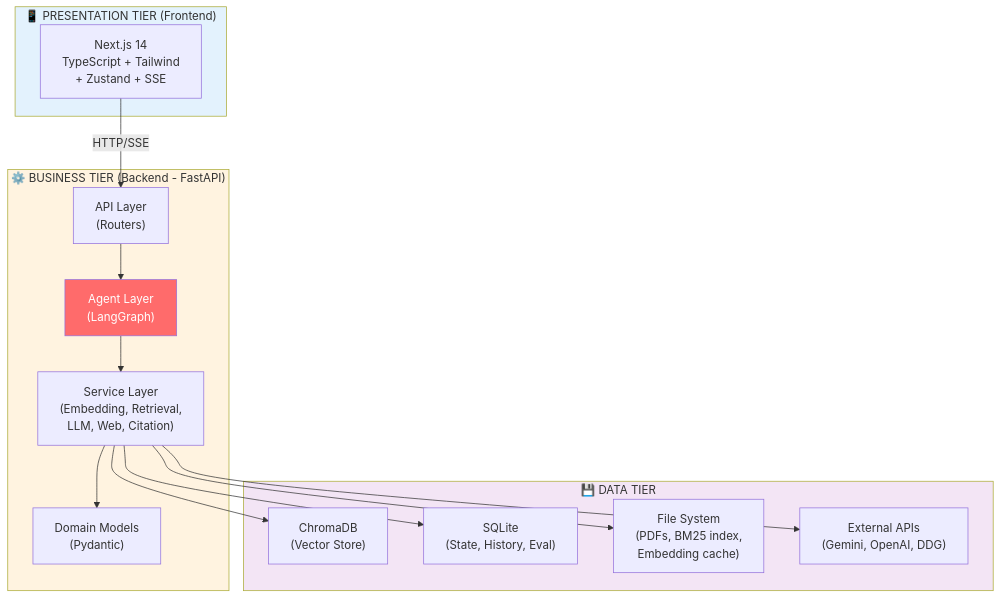
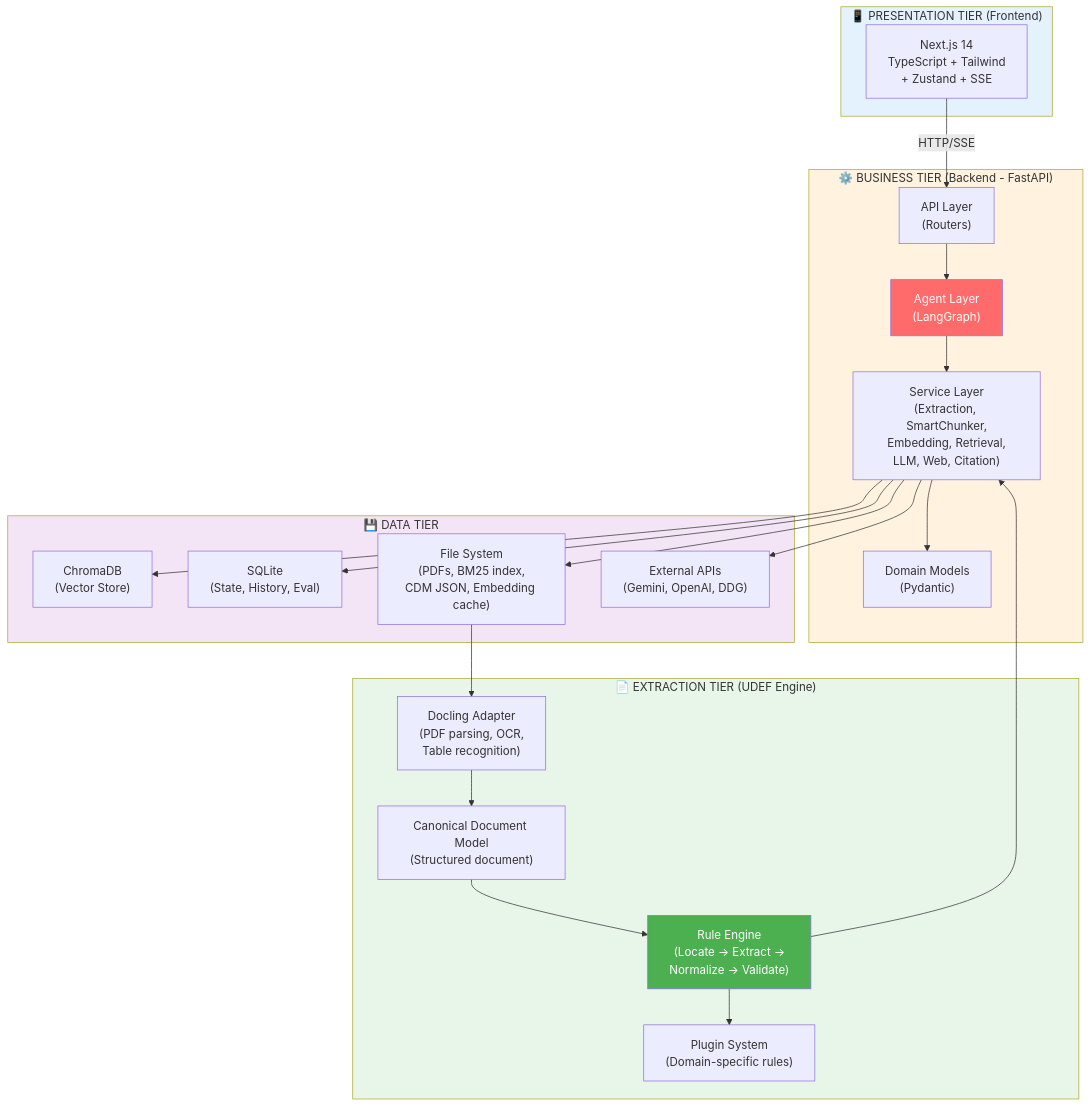
Before and after one commit to PhucTruong-ctrl/vn-traffic-law-RAG: the first of 7 diagrams in docs/03-thiet-ke-he-thong.md, drawn with Mermaid. The commit also changed other lines of this file, not shown here.

First line of the commit message:
feat(arch): integrate UDEF extraction into system architecture

````diff
--- a/docs/03-thiet-ke-he-thong.md
+++ b/docs/03-thiet-ke-he-thong.md
@@ -23,34 +23,48 @@
 ```mermaid
 graph TB
     subgraph PT ["📱 PRESENTATION TIER (Frontend)"]
         UI["Next.js 14<br/>TypeScript + Tailwind<br/>+ Zustand + SSE"]
     end
 
+    subgraph ET ["📄 EXTRACTION TIER (UDEF Engine)"]
+        DOCLING["Docling Adapter<br/>(PDF parsing, OCR,<br/>Table recognition)"]
+        CDM["Canonical Document Model<br/>(Structured document)"]
+        RULE["Rule Engine<br/>(Locate -> Extract -><br/>Normalize -> Validate)"]
+        PLUGIN["Plugin System<br/>(Domain-specific rules)"]
+    end
+
     subgraph BT ["⚙️ BUSINESS TIER (Backend - FastAPI)"]
         API["API Layer<br/>(Routers)"]
         AGENT["Agent Layer<br/>(LangGraph)"]
-        SVC["Service Layer<br/>(Embedding, Retrieval,<br/>LLM, Web, Citation)"]
+        SVC["Service Layer<br/>(Extraction, SmartChunker,<br/>Embedding, Retrieval,<br/>LLM, Web, Citation)"]
         MODEL["Domain Models<br/>(Pydantic)"]
     end
 
     subgraph DT ["💾 DATA TIER"]
         CHROMA["ChromaDB<br/>(Vector Store)"]
         SQLITE["SQLite<br/>(State, History, Eval)"]
-        FILES["File System<br/>(PDFs, BM25 index,<br/>Embedding cache)"]
+        FILES["File System<br/>(PDFs, BM25 index,<br/>CDM JSON, Embedding cache)"]
         EXT["External APIs<br/>(Gemini, OpenAI, DDG)"]
     end
 
     UI -->|HTTP/SSE| API
     API --> AGENT
     AGENT --> SVC
     SVC --> MODEL
     SVC --> CHROMA
     SVC --> SQLITE
     SVC --> FILES
     SVC --> EXT
+    FILES --> DOCLING
+    DOCLING --> CDM
+    CDM --> RULE
+    RULE --> PLUGIN
+    RULE --> SVC
 
     style PT fill:#E3F2FD
+    style ET fill:#E8F5E9
     style BT fill:#FFF3E0
     style DT fill:#F3E5F5
     style AGENT fill:#FF6B6B,color:#fff
+    style RULE fill:#4CAF50,color:#fff
 ```
````
